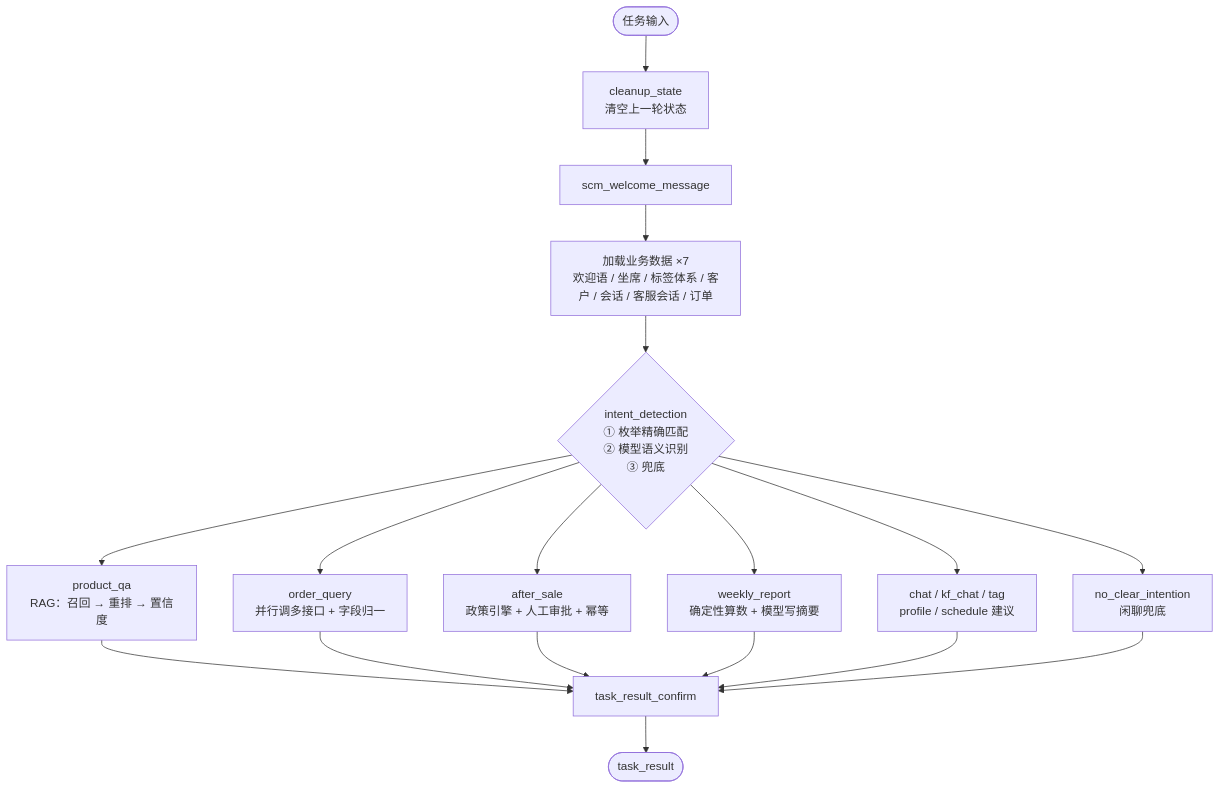
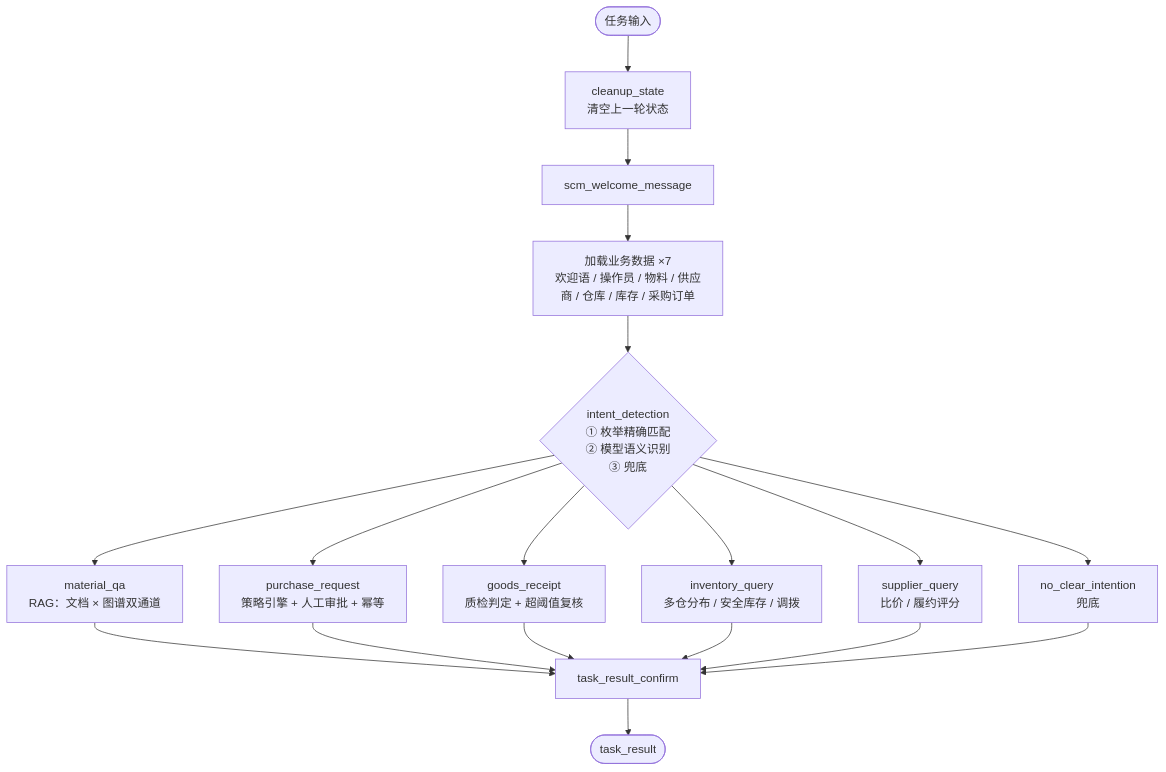
One commit to pengqiwen72/- changed the first of 3 diagrams in scm-agent/README.md. Above: the diagram before and after it, drawn with Mermaid. The commit also changed other lines of this file and 75 other files, not shown here.

````diff
--- a/scm-agent/README.md
+++ b/scm-agent/README.md
@@ -98,20 +108,20 @@
 ```mermaid
 flowchart TD
     START([任务输入]) --> CLEAN["cleanup_state<br/>清空上一轮状态"]
     CLEAN --> WELCOME[scm_welcome_message]
-    WELCOME --> LOAD["加载业务数据 ×7<br/>欢迎语 / 坐席 / 标签体系 / 客户 / 会话 / 客服会话 / 订单"]
+    WELCOME --> LOAD["加载业务数据 ×7<br/>欢迎语 / 操作员 / 物料 / 供应商 / 仓库 / 库存 / 采购订单"]
     LOAD --> INTENT{"intent_detection<br/>① 枚举精确匹配<br/>② 模型语义识别<br/>③ 兜底"}
-    INTENT --> QA["product_qa<br/>RAG：召回 → 重排 → 置信度"]
-    INTENT --> ORD["order_query<br/>并行调多接口 + 字段归一"]
-    INTENT --> AS["after_sale<br/>政策引擎 + 人工审批 + 幂等"]
-    INTENT --> RPT["weekly_report<br/>确定性算数 + 模型写摘要"]
-    INTENT --> SUG["chat / kf_chat / tag<br/>profile / schedule 建议"]
-    INTENT --> TALK["no_clear_intention<br/>闲聊兜底"]
+    INTENT --> QA["material_qa<br/>RAG：文档 × 图谱双通道"]
+    INTENT --> PUR["purchase_request<br/>策略引擎 + 人工审批 + 幂等"]
+    INTENT --> RCV["goods_receipt<br/>质检判定 + 超阈值复核"]
+    INTENT --> INV["inventory_query<br/>多仓分布 / 安全库存 / 调拨"]
+    INTENT --> SUP["supplier_query<br/>比价 / 履约评分"]
+    INTENT --> TALK["no_clear_intention<br/>兜底"]
     QA --> CONFIRM[task_result_confirm]
-    ORD --> CONFIRM
-    AS --> CONFIRM
-    RPT --> CONFIRM
-    SUG --> CONFIRM
+    PUR --> CONFIRM
+    RCV --> CONFIRM
+    INV --> CONFIRM
+    SUP --> CONFIRM
     TALK --> CONFIRM
     CONFIRM --> DONE([task_result])
 ```
````
